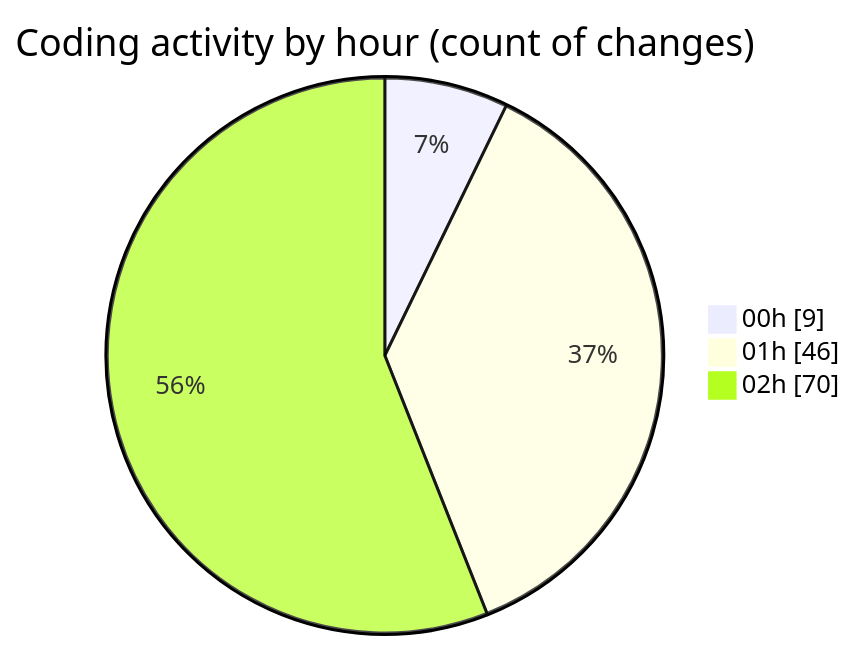
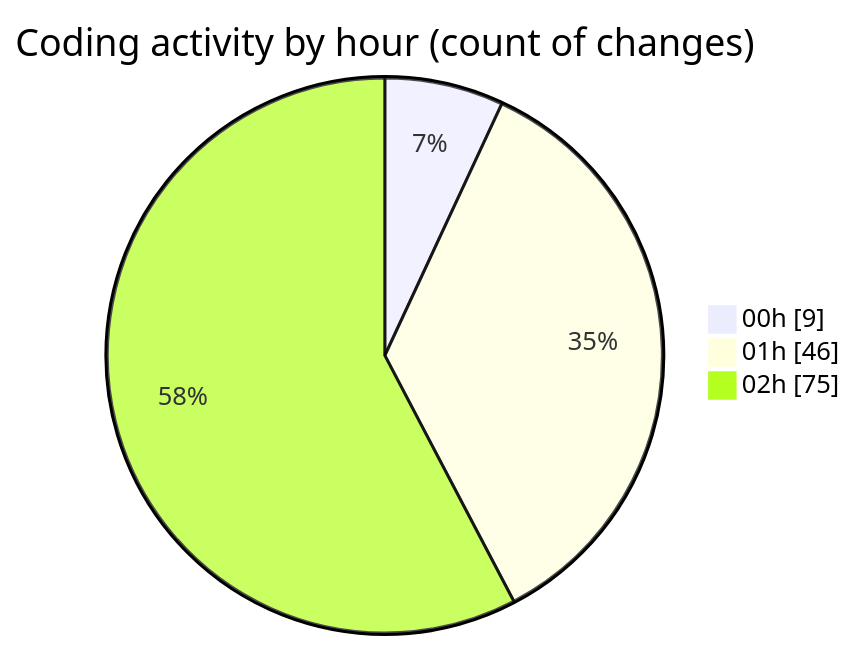
The second of 2 diagrams in 2025-11-18/eventscop-frontend-guide__workspace_/README.md (julien-gomy/code-tracking), drawn with Mermaid before and after one commit. The commit also changed other lines of this file and 1 other file, not shown here.

````diff
--- a/2025-11-18/eventscop-frontend-guide__workspace_/README.md
+++ b/2025-11-18/eventscop-frontend-guide__workspace_/README.md
@@ -53,7 +55,7 @@
 ```mermaid
 pie showData
 title Coding activity by hour (count of changes)
 "00h" : 9
 "01h" : 46
-"02h" : 70
+"02h" : 75
 ```
````
